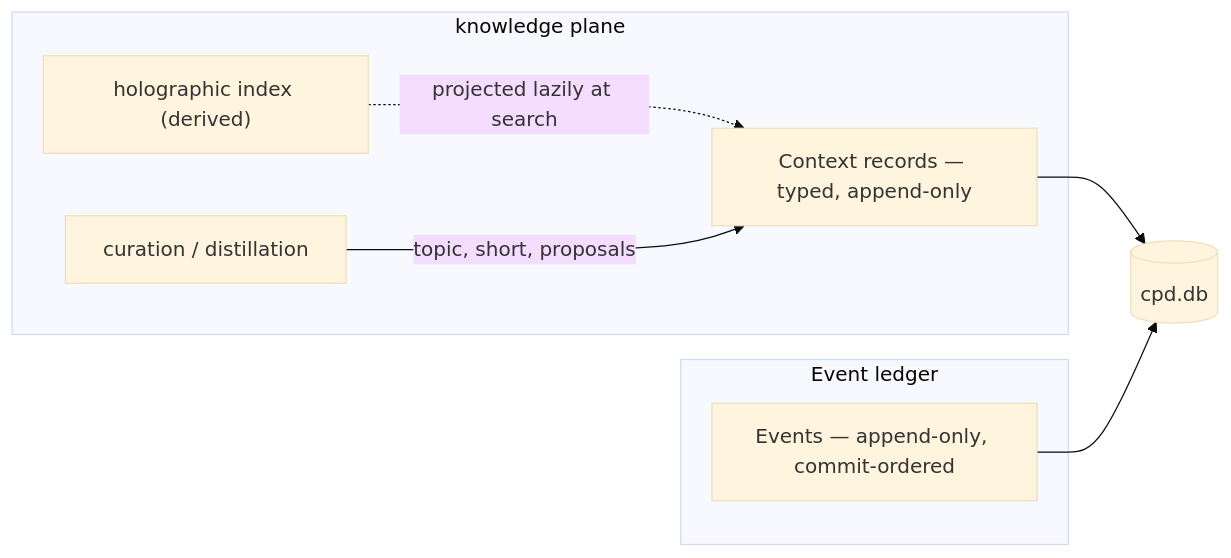
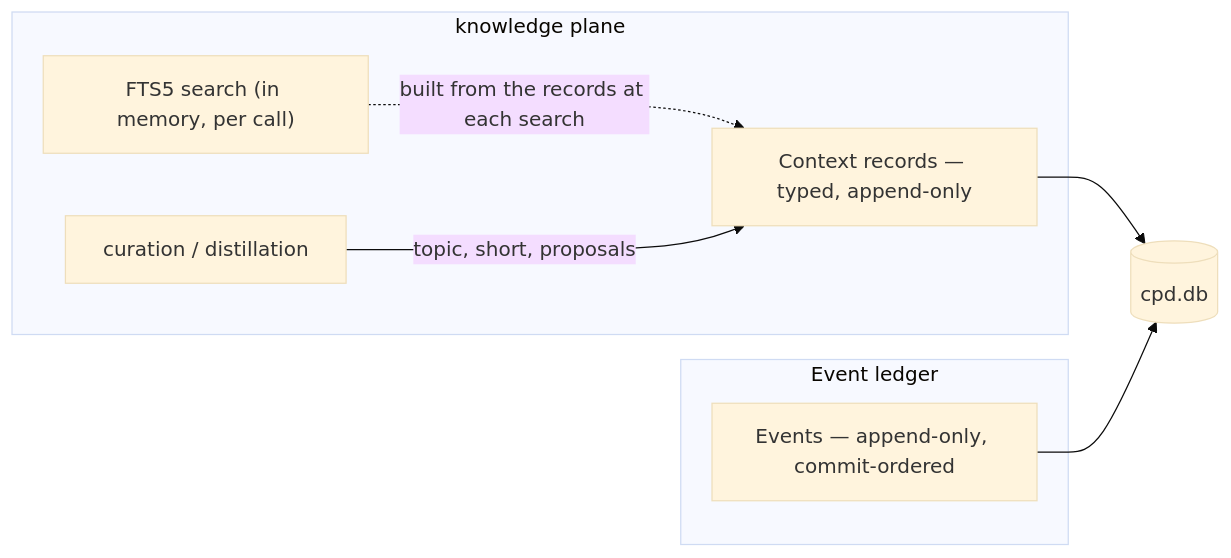
One commit to clayton-duarte/cpd changed the diagram in docs/architecture/knowledge-plane.md. Above: the diagram before and after it, drawn with Mermaid (base theme). The commit also changed other lines of this file and 4 other files, not shown here.

````diff
--- a/docs/architecture/knowledge-plane.md
+++ b/docs/architecture/knowledge-plane.md
@@ -5,15 +5,15 @@
 ```mermaid
 flowchart LR
   subgraph KNOWLEDGE["knowledge plane"]
     REC["Context records — typed, append-only"]
-    IDX["holographic index (derived)"]
+    IDX["FTS5 search (in memory, per call)"]
     CUR["curation / distillation"]
-    IDX -.->|"projected lazily at search"| REC
+    IDX -.->|"built from the records at each search"| REC
     CUR -->|"topic, short, proposals"| REC
   end
   subgraph STATE["Event ledger"]
     EV["Events — append-only, commit-ordered"]
   end
   REC --> CPDB[("cpd.db")]
   EV --> CPDB
 ```
````
